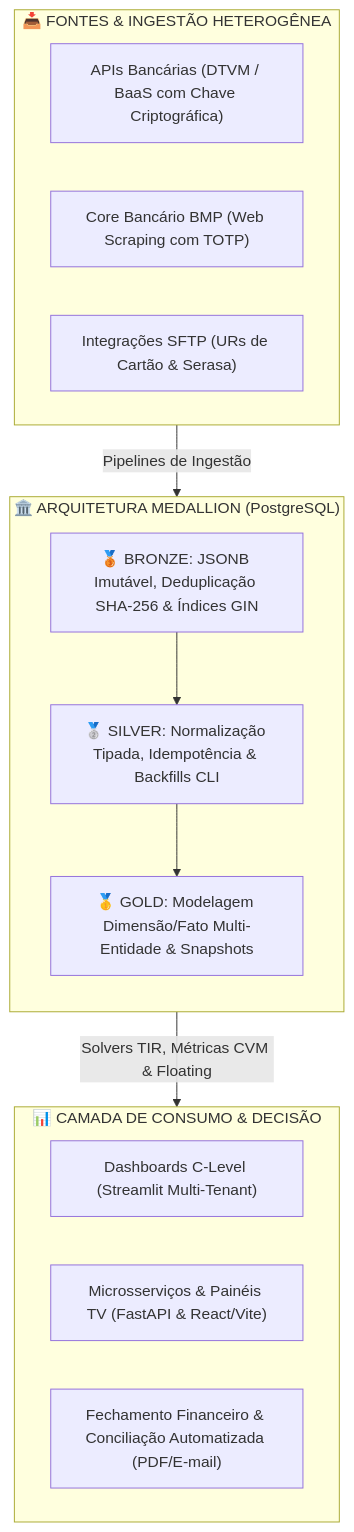
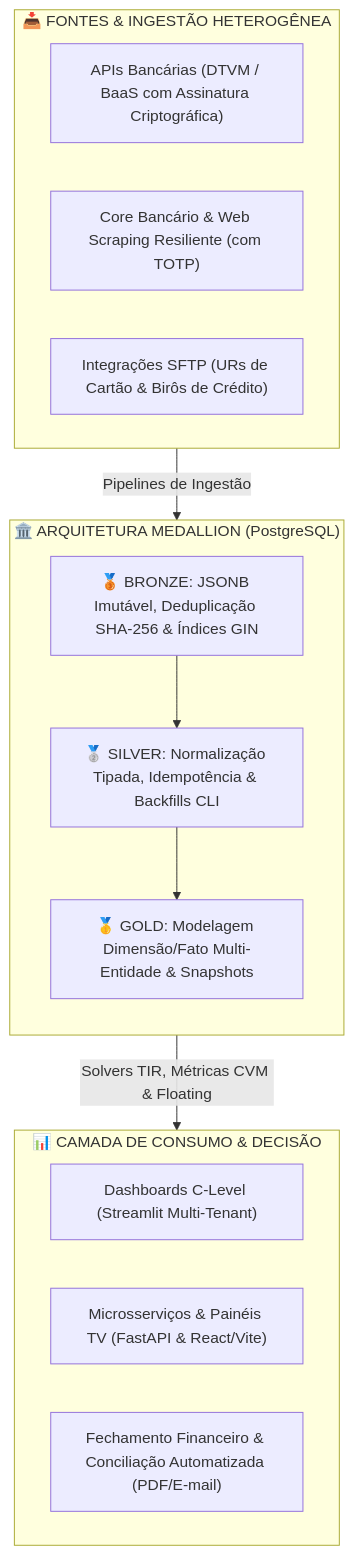
One commit to viscianol/viscianol changed the diagram in README.md. Above: the diagram before and after it, drawn with Mermaid. The commit also changed other lines of this file, not shown here.

Commit message:
Update email contact and project descriptions in README

````diff
--- a/README.md
+++ b/README.md
@@ -57,25 +58,25 @@
 ```mermaid
 flowchart TD
     subgraph S1 ["📥 FONTES & INGESTÃO HETEROGÊNEA"]
-        F1["APIs Bancárias (DTVM / BaaS com Chave Criptográfica)"]
-        F2["Core Bancário BMP (Web Scraping com TOTP)"]
-        F3["Integrações SFTP (URs de Cartão & Serasa)"]
+        F1["APIs Bancárias (DTVM / BaaS com Assinatura Criptográfica)"]
+        F2["Core Bancário & Web Scraping Resiliente (com TOTP)"]
+        F3["Integrações SFTP (URs de Cartão & Birôs de Crédito)"]
     end
 
     subgraph S2 ["🏛️ ARQUITETURA MEDALLION (PostgreSQL)"]
         direction TB
         B["🥉 BRONZE: JSONB Imutável, Deduplicação SHA-256 & Índices GIN"]
         S["🥈 SILVER: Normalização Tipada, Idempotência & Backfills CLI"]
         G["🥇 GOLD: Modelagem Dimensão/Fato Multi-Entidade & Snapshots"]
         B --> S --> G
     end
 
     subgraph S3 ["📊 CAMADA DE CONSUMO & DECISÃO"]
         C1["Dashboards C-Level (Streamlit Multi-Tenant)"]
         C2["Microsserviços & Painéis TV (FastAPI & React/Vite)"]
         C3["Fechamento Financeiro & Conciliação Automatizada (PDF/E-mail)"]
     end
 
     S1 -->|"Pipelines de Ingestão"| B
     G -->|"Solvers TIR, Métricas CVM & Floating"| S3
 ```
````
